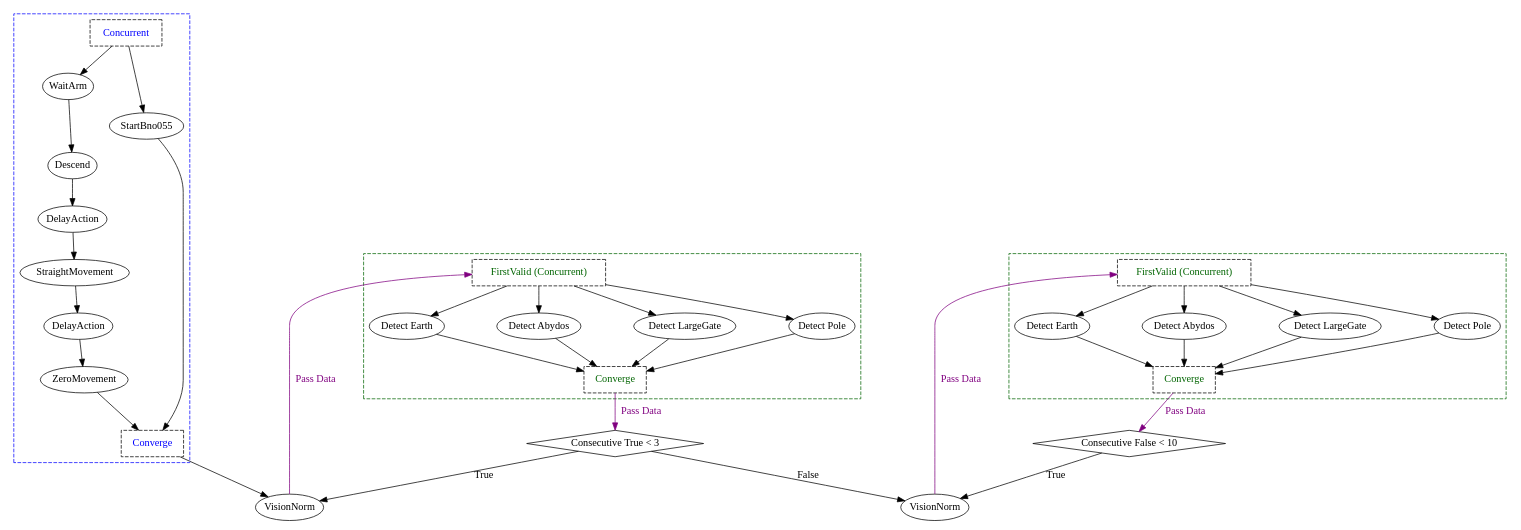
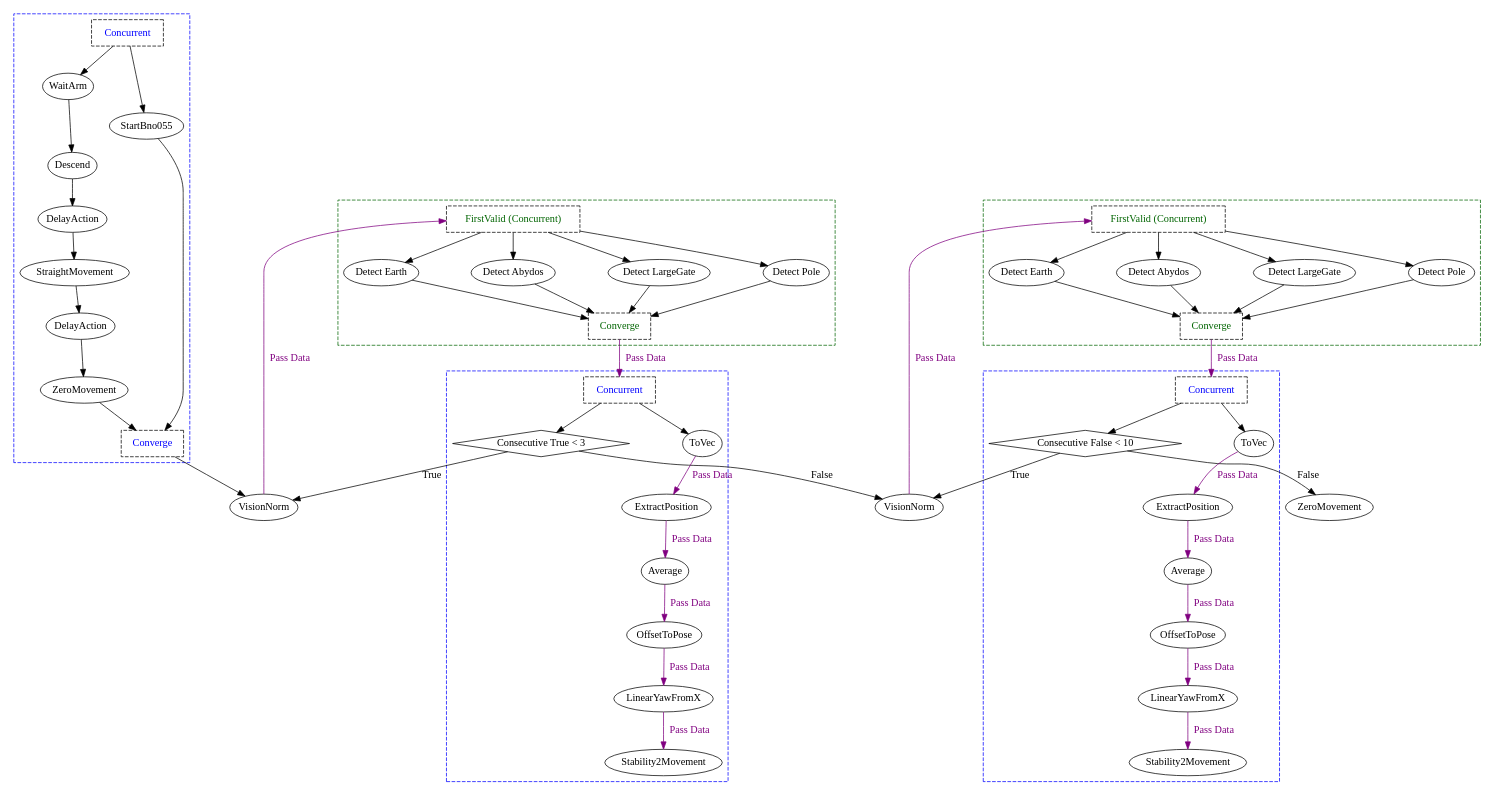
One commit to ncsurobotics/SW8S-Rust changed the diagram in graphs/pool_test_3_9_24/gate/gate_run_complex.dot. Above: the diagram before and after it, drawn with Graphviz. The commit also changed 15 other files, not shown here.

```diff
--- a/graphs/pool_test_3_9_24/gate/gate_run_complex.dot
+++ b/graphs/pool_test_3_9_24/gate/gate_run_complex.dot
@@ -2,79 +2,119 @@
 	splines = true;
 	nodesep = 1.0;
 	bgcolor = "none"
-	"e21b8f48-04a0-4969-b928-fade49cf4c0e" [shape = diamond];
-	"5b79ea3e-27a8-493c-8137-638e2966352d" [shape = diamond];
-	subgraph "cluster_254b6218-403f-4887-abd3-630f9c98adef" {
+	"5856a4bb-a2e8-465e-b7c9-2b9897c2c1cb" [shape = diamond];
+	"21893363-5acd-454b-9fbc-b4be4ada0ad9" [shape = diamond];
+	subgraph "cluster_a1f6d3f2-4d54-4580-aaed-9aff65967349" {
 		style = dashed;
 		color = blue;
-		"705ed7f9-e698-4315-b798-6da0c7405b89" -> "c4b071db-bf15-4e62-8545-c4a918dec107" ;
-		"231282c5-ce66-4771-9ddf-c5fabffb99c9" -> "e44d46e3-39f3-4b01-9af3-dda70e10b8e2" ;
-		"e44d46e3-39f3-4b01-9af3-dda70e10b8e2" -> "d5646382-7aa7-4680-bb15-0c889636193c" ;
-		"c4b071db-bf15-4e62-8545-c4a918dec107" -> "231282c5-ce66-4771-9ddf-c5fabffb99c9" ;
-		"87c7ac3c-6f52-4e67-9db4-e90a9c636c27" -> "705ed7f9-e698-4315-b798-6da0c7405b89" ;
-		"22ecb458-4e1b-4f1b-a761-3bd971eb35f1" -> "87c7ac3c-6f52-4e67-9db4-e90a9c636c27";
-		"22ecb458-4e1b-4f1b-a761-3bd971eb35f1" -> "3230eb06-ab35-4415-a08d-7fc8f2f3bc86";
-		"d5646382-7aa7-4680-bb15-0c889636193c" -> "952d57db-dc7d-4eca-b6ad-a0a7a235e69d";
-		"3230eb06-ab35-4415-a08d-7fc8f2f3bc86" -> "952d57db-dc7d-4eca-b6ad-a0a7a235e69d";
-		"22ecb458-4e1b-4f1b-a761-3bd971eb35f1" [label = "Concurrent", shape = box, fontcolor = blue, style = dashed];
-		"87c7ac3c-6f52-4e67-9db4-e90a9c636c27" [label = "WaitArm", margin = 0];
-		"705ed7f9-e698-4315-b798-6da0c7405b89" [label = "Descend", margin = 0];
-		"c4b071db-bf15-4e62-8545-c4a918dec107" [label = "DelayAction", margin = 0];
-		"231282c5-ce66-4771-9ddf-c5fabffb99c9" [label = "StraightMovement", margin = 0];
-		"e44d46e3-39f3-4b01-9af3-dda70e10b8e2" [label = "DelayAction", margin = 0];
-		"d5646382-7aa7-4680-bb15-0c889636193c" [label = "ZeroMovement", margin = 0];
-		"3230eb06-ab35-4415-a08d-7fc8f2f3bc86" [label = "StartBno055", margin = 0];
-		"952d57db-dc7d-4eca-b6ad-a0a7a235e69d" [label = "Converge", shape = box, fontcolor = blue, style = dashed];
+		"9297cba8-15d3-424f-a6bf-cb3e3578defc" -> "6a0de8c4-eaed-4089-b14e-5ac8e2d78c3c" ;
+		"268a5e2c-f32b-4b76-85f2-2c8e57531306" -> "dff96260-b20b-4b38-8739-c7b8c2d6365a" ;
+		"dff96260-b20b-4b38-8739-c7b8c2d6365a" -> "8b3abf69-6fd5-4fe2-97e7-8f36ee2f3051" ;
+		"6a0de8c4-eaed-4089-b14e-5ac8e2d78c3c" -> "268a5e2c-f32b-4b76-85f2-2c8e57531306" ;
+		"4756c6e9-0b5e-4a49-a658-ab5b92c197ae" -> "9297cba8-15d3-424f-a6bf-cb3e3578defc" ;
+		"43050568-fcc9-488a-b095-e08ccc8f5a54" -> "4756c6e9-0b5e-4a49-a658-ab5b92c197ae";
+		"43050568-fcc9-488a-b095-e08ccc8f5a54" -> "a033b7fd-6417-4a38-8c61-9872e76577e2";
+		"8b3abf69-6fd5-4fe2-97e7-8f36ee2f3051" -> "c357dfce-9bcc-47d7-8a49-c55973754057";
+		"a033b7fd-6417-4a38-8c61-9872e76577e2" -> "c357dfce-9bcc-47d7-8a49-c55973754057";
+		"43050568-fcc9-488a-b095-e08ccc8f5a54" [label = "Concurrent", shape = box, fontcolor = blue, style = dashed];
+		"4756c6e9-0b5e-4a49-a658-ab5b92c197ae" [label = "WaitArm", margin = 0];
+		"9297cba8-15d3-424f-a6bf-cb3e3578defc" [label = "Descend", margin = 0];
+		"6a0de8c4-eaed-4089-b14e-5ac8e2d78c3c" [label = "DelayAction", margin = 0];
+		"268a5e2c-f32b-4b76-85f2-2c8e57531306" [label = "StraightMovement", margin = 0];
+		"dff96260-b20b-4b38-8739-c7b8c2d6365a" [label = "DelayAction", margin = 0];
+		"8b3abf69-6fd5-4fe2-97e7-8f36ee2f3051" [label = "ZeroMovement", margin = 0];
+		"a033b7fd-6417-4a38-8c61-9872e76577e2" [label = "StartBno055", margin = 0];
+		"c357dfce-9bcc-47d7-8a49-c55973754057" [label = "Converge", shape = box, fontcolor = blue, style = dashed];
 	}
 	
-	subgraph "cluster_9a650a30-5618-428a-9285-412a93237629" {
+	subgraph "cluster_94ce3651-8c20-4037-bfd0-4c0a4b7dc2a4" {
 		style = dashed;
 		color = darkgreen;
-		"31f6ef95-8805-499a-a679-5db1abbc7bb1" -> "3ac109ba-aea4-4c9c-a09c-22ea2edd52f1";
-		"31f6ef95-8805-499a-a679-5db1abbc7bb1" -> "889ef114-16a8-45c4-8c73-c957c57760bf";
-		"31f6ef95-8805-499a-a679-5db1abbc7bb1" -> "c2032634-60cb-4061-8e0f-676ab826c578";
-		"31f6ef95-8805-499a-a679-5db1abbc7bb1" -> "d7c1fb02-3470-40e1-88d1-494b835b3126";
-		"3ac109ba-aea4-4c9c-a09c-22ea2edd52f1" -> "80bfe7e2-1188-47dc-8917-98229e055f40";
-		"889ef114-16a8-45c4-8c73-c957c57760bf" -> "80bfe7e2-1188-47dc-8917-98229e055f40";
-		"c2032634-60cb-4061-8e0f-676ab826c578" -> "80bfe7e2-1188-47dc-8917-98229e055f40";
-		"d7c1fb02-3470-40e1-88d1-494b835b3126" -> "80bfe7e2-1188-47dc-8917-98229e055f40";
-		"31f6ef95-8805-499a-a679-5db1abbc7bb1" [label = "FirstValid (Concurrent)", shape = box, fontcolor = darkgreen, style = dashed];
-		"3ac109ba-aea4-4c9c-a09c-22ea2edd52f1" [label = "Detect Earth", margin = 0];
-		"889ef114-16a8-45c4-8c73-c957c57760bf" [label = "Detect Abydos", margin = 0];
-		"c2032634-60cb-4061-8e0f-676ab826c578" [label = "Detect LargeGate", margin = 0];
-		"d7c1fb02-3470-40e1-88d1-494b835b3126" [label = "Detect Pole", margin = 0];
-		"80bfe7e2-1188-47dc-8917-98229e055f40" [label = "Converge", shape = box, fontcolor = darkgreen, style = dashed];
+		"ce4e7d53-7d85-48ec-9696-2f6529bd1923" -> "4d8805b1-ac63-4a13-8b64-d4bcfbd8462f";
+		"ce4e7d53-7d85-48ec-9696-2f6529bd1923" -> "26032e47-0c8a-436a-a7cb-abd5c4cbf3ce";
+		"ce4e7d53-7d85-48ec-9696-2f6529bd1923" -> "341711d0-f820-4637-8165-0b2d5997ab4d";
+		"ce4e7d53-7d85-48ec-9696-2f6529bd1923" -> "656a7ad5-3c75-4e98-9db4-04628fd96daf";
+		"4d8805b1-ac63-4a13-8b64-d4bcfbd8462f" -> "a2498248-0f32-46b2-abfd-239398201d7c";
+		"26032e47-0c8a-436a-a7cb-abd5c4cbf3ce" -> "a2498248-0f32-46b2-abfd-239398201d7c";
+		"341711d0-f820-4637-8165-0b2d5997ab4d" -> "a2498248-0f32-46b2-abfd-239398201d7c";
+		"656a7ad5-3c75-4e98-9db4-04628fd96daf" -> "a2498248-0f32-46b2-abfd-239398201d7c";
+		"ce4e7d53-7d85-48ec-9696-2f6529bd1923" [label = "FirstValid (Concurrent)", shape = box, fontcolor = darkgreen, style = dashed];
+		"4d8805b1-ac63-4a13-8b64-d4bcfbd8462f" [label = "Detect Earth", margin = 0];
+		"26032e47-0c8a-436a-a7cb-abd5c4cbf3ce" [label = "Detect Abydos", margin = 0];
+		"341711d0-f820-4637-8165-0b2d5997ab4d" [label = "Detect LargeGate", margin = 0];
+		"656a7ad5-3c75-4e98-9db4-04628fd96daf" [label = "Detect Pole", margin = 0];
+		"a2498248-0f32-46b2-abfd-239398201d7c" [label = "Converge", shape = box, fontcolor = darkgreen, style = dashed];
 	}
 	
-	subgraph "cluster_2394225a-92b8-482e-85b2-3694720a96d5" {
+	subgraph "cluster_ec4e3b3a-ecf3-48ff-97a5-70dbda84e615" {
+		style = dashed;
+		color = blue;
+		"9641e545-6605-472b-be61-1ac56c67a5f3" -> "67db5ac9-452b-419b-9815-5b0bd3fbccae" [color = purple, fontcolor = purple, label = "Pass Data"];
+		"25338019-df32-4469-95a4-410a5309bf1f" -> "9641e545-6605-472b-be61-1ac56c67a5f3" [color = purple, fontcolor = purple, label = "Pass Data"];
+		"ca312293-3d53-447c-83e0-08d09658d515" -> "25338019-df32-4469-95a4-410a5309bf1f" [color = purple, fontcolor = purple, label = "Pass Data"];
+		"5d11d4f2-8bfb-43f1-ac85-3c34ac576dba" -> "ca312293-3d53-447c-83e0-08d09658d515" [color = purple, fontcolor = purple, label = "Pass Data"];
+		"16b9b8a1-aee4-441f-9bc5-9091bd039d4a" -> "5d11d4f2-8bfb-43f1-ac85-3c34ac576dba" [color = purple, fontcolor = purple, label = "Pass Data"];
+		"c4d0058d-64c6-49d0-8547-6c66bba0f365" -> "16b9b8a1-aee4-441f-9bc5-9091bd039d4a";
+		"c4d0058d-64c6-49d0-8547-6c66bba0f365" -> "5856a4bb-a2e8-465e-b7c9-2b9897c2c1cb";
+		"c4d0058d-64c6-49d0-8547-6c66bba0f365" [label = "Concurrent", shape = box, fontcolor = blue, style = dashed];
+		"16b9b8a1-aee4-441f-9bc5-9091bd039d4a" [label = "ToVec", margin = 0];
+		"5d11d4f2-8bfb-43f1-ac85-3c34ac576dba" [label = "ExtractPosition", margin = 0];
+		"ca312293-3d53-447c-83e0-08d09658d515" [label = "Average", margin = 0];
+		"25338019-df32-4469-95a4-410a5309bf1f" [label = "OffsetToPose", margin = 0];
+		"9641e545-6605-472b-be61-1ac56c67a5f3" [label = "LinearYawFromX", margin = 0];
+		"67db5ac9-452b-419b-9815-5b0bd3fbccae" [label = "Stability2Movement", margin = 0];
+		"5856a4bb-a2e8-465e-b7c9-2b9897c2c1cb" [label = "Consecutive True < 3", margin = 0];
+	}
+	
+	subgraph "cluster_5b0fbcf3-7472-402e-938d-cff6dfc4a86e" {
 		style = dashed;
 		color = darkgreen;
-		"1a4e57e9-ea68-441b-862f-05893c143105" -> "be892aa3-d92a-4841-83ef-d2d4b67b2a1c";
-		"1a4e57e9-ea68-441b-862f-05893c143105" -> "de0d6083-695d-40c2-bf82-7eb96d474b7e";
-		"1a4e57e9-ea68-441b-862f-05893c143105" -> "c815275d-ae31-4df4-bc58-3db7447e5c32";
-		"1a4e57e9-ea68-441b-862f-05893c143105" -> "549f39ac-3f4b-4ad4-98e8-15443f317fd8";
-		"be892aa3-d92a-4841-83ef-d2d4b67b2a1c" -> "8cbd7ad0-c7ed-4ee4-9294-e04eeced1b72";
-		"de0d6083-695d-40c2-bf82-7eb96d474b7e" -> "8cbd7ad0-c7ed-4ee4-9294-e04eeced1b72";
-		"c815275d-ae31-4df4-bc58-3db7447e5c32" -> "8cbd7ad0-c7ed-4ee4-9294-e04eeced1b72";
-		"549f39ac-3f4b-4ad4-98e8-15443f317fd8" -> "8cbd7ad0-c7ed-4ee4-9294-e04eeced1b72";
-		"1a4e57e9-ea68-441b-862f-05893c143105" [label = "FirstValid (Concurrent)", shape = box, fontcolor = darkgreen, style = dashed];
-		"be892aa3-d92a-4841-83ef-d2d4b67b2a1c" [label = "Detect Earth", margin = 0];
-		"de0d6083-695d-40c2-bf82-7eb96d474b7e" [label = "Detect Abydos", margin = 0];
-		"c815275d-ae31-4df4-bc58-3db7447e5c32" [label = "Detect LargeGate", margin = 0];
-		"549f39ac-3f4b-4ad4-98e8-15443f317fd8" [label = "Detect Pole", margin = 0];
-		"8cbd7ad0-c7ed-4ee4-9294-e04eeced1b72" [label = "Converge", shape = box, fontcolor = darkgreen, style = dashed];
+		"99e729bc-5c2d-480a-b651-a8d0c8d086ab" -> "16c89c9f-6f30-4460-b8a1-f574c03e2bf4";
+		"99e729bc-5c2d-480a-b651-a8d0c8d086ab" -> "64e56665-dbf1-41b9-ad1c-10038162067e";
+		"99e729bc-5c2d-480a-b651-a8d0c8d086ab" -> "f5ea457e-a0d3-4571-b4ed-9d7d5fc69229";
+		"99e729bc-5c2d-480a-b651-a8d0c8d086ab" -> "9f500864-2217-4140-945f-e48234b9c0a4";
+		"16c89c9f-6f30-4460-b8a1-f574c03e2bf4" -> "72cb82a9-48fb-4b4a-94a8-6a855cddab95";
+		"64e56665-dbf1-41b9-ad1c-10038162067e" -> "72cb82a9-48fb-4b4a-94a8-6a855cddab95";
+		"f5ea457e-a0d3-4571-b4ed-9d7d5fc69229" -> "72cb82a9-48fb-4b4a-94a8-6a855cddab95";
+		"9f500864-2217-4140-945f-e48234b9c0a4" -> "72cb82a9-48fb-4b4a-94a8-6a855cddab95";
+		"99e729bc-5c2d-480a-b651-a8d0c8d086ab" [label = "FirstValid (Concurrent)", shape = box, fontcolor = darkgreen, style = dashed];
+		"16c89c9f-6f30-4460-b8a1-f574c03e2bf4" [label = "Detect Earth", margin = 0];
+		"64e56665-dbf1-41b9-ad1c-10038162067e" [label = "Detect Abydos", margin = 0];
+		"f5ea457e-a0d3-4571-b4ed-9d7d5fc69229" [label = "Detect LargeGate", margin = 0];
+		"9f500864-2217-4140-945f-e48234b9c0a4" [label = "Detect Pole", margin = 0];
+		"72cb82a9-48fb-4b4a-94a8-6a855cddab95" [label = "Converge", shape = box, fontcolor = darkgreen, style = dashed];
 	}
 	
-	"80bfe7e2-1188-47dc-8917-98229e055f40" -> "e21b8f48-04a0-4969-b928-fade49cf4c0e" [color = purple, fontcolor = purple, label = "Pass Data"];
-	"8ca3ba8f-1654-4797-bcdb-9633fd17f19f" -> "31f6ef95-8805-499a-a679-5db1abbc7bb1" [color = purple, fontcolor = purple, label = "Pass Data"];
-	"e21b8f48-04a0-4969-b928-fade49cf4c0e" -> "8ca3ba8f-1654-4797-bcdb-9633fd17f19f" [label = "True"];
-	"8cbd7ad0-c7ed-4ee4-9294-e04eeced1b72" -> "5b79ea3e-27a8-493c-8137-638e2966352d" [color = purple, fontcolor = purple, label = "Pass Data"];
-	"037770a7-5f21-4b94-aae0-ac0b697e48ce" -> "1a4e57e9-ea68-441b-862f-05893c143105" [color = purple, fontcolor = purple, label = "Pass Data"];
-	"5b79ea3e-27a8-493c-8137-638e2966352d" -> "037770a7-5f21-4b94-aae0-ac0b697e48ce" [label = "True"];
-	"e21b8f48-04a0-4969-b928-fade49cf4c0e" -> "037770a7-5f21-4b94-aae0-ac0b697e48ce" [label = "False"];
-	"952d57db-dc7d-4eca-b6ad-a0a7a235e69d" -> "8ca3ba8f-1654-4797-bcdb-9633fd17f19f" ;
-	"8ca3ba8f-1654-4797-bcdb-9633fd17f19f" [label = "VisionNorm", margin = 0];
-	"e21b8f48-04a0-4969-b928-fade49cf4c0e" [label = "Consecutive True < 3", margin = 0];
-	"037770a7-5f21-4b94-aae0-ac0b697e48ce" [label = "VisionNorm", margin = 0];
-	"5b79ea3e-27a8-493c-8137-638e2966352d" [label = "Consecutive False < 10", margin = 0];
+	subgraph "cluster_ca87ba31-10ab-43f3-9a22-c58c3314e361" {
+		style = dashed;
+		color = blue;
+		"df857407-9eb1-43d6-9ea9-4c7a07d4662b" -> "3d027535-ec44-48fa-bbe8-f722f25f89ae" [color = purple, fontcolor = purple, label = "Pass Data"];
+		"af54ef2c-0eb5-4532-be29-c294241bc967" -> "df857407-9eb1-43d6-9ea9-4c7a07d4662b" [color = purple, fontcolor = purple, label = "Pass Data"];
+		"48eac2a4-2653-4ead-99b3-9eccd4afa575" -> "af54ef2c-0eb5-4532-be29-c294241bc967" [color = purple, fontcolor = purple, label = "Pass Data"];
+		"cc510ca7-73e6-4bff-919f-019f5fbf9bda" -> "48eac2a4-2653-4ead-99b3-9eccd4afa575" [color = purple, fontcolor = purple, label = "Pass Data"];
+		"e6f91150-8c28-4400-ad66-d1197f2880c0" -> "cc510ca7-73e6-4bff-919f-019f5fbf9bda" [color = purple, fontcolor = purple, label = "Pass Data"];
+		"a9342347-82d2-4344-9e07-2feecbd7ac83" -> "e6f91150-8c28-4400-ad66-d1197f2880c0";
+		"a9342347-82d2-4344-9e07-2feecbd7ac83" -> "21893363-5acd-454b-9fbc-b4be4ada0ad9";
+		"a9342347-82d2-4344-9e07-2feecbd7ac83" [label = "Concurrent", shape = box, fontcolor = blue, style = dashed];
+		"e6f91150-8c28-4400-ad66-d1197f2880c0" [label = "ToVec", margin = 0];
+		"cc510ca7-73e6-4bff-919f-019f5fbf9bda" [label = "ExtractPosition", margin = 0];
+		"48eac2a4-2653-4ead-99b3-9eccd4afa575" [label = "Average", margin = 0];
+		"af54ef2c-0eb5-4532-be29-c294241bc967" [label = "OffsetToPose", margin = 0];
+		"df857407-9eb1-43d6-9ea9-4c7a07d4662b" [label = "LinearYawFromX", margin = 0];
+		"3d027535-ec44-48fa-bbe8-f722f25f89ae" [label = "Stability2Movement", margin = 0];
+		"21893363-5acd-454b-9fbc-b4be4ada0ad9" [label = "Consecutive False < 10", margin = 0];
+	}
+	
+	"a2498248-0f32-46b2-abfd-239398201d7c" -> "c4d0058d-64c6-49d0-8547-6c66bba0f365" [color = purple, fontcolor = purple, label = "Pass Data"];
+	"950c2a07-bc5c-4c5a-812a-f7951de73ff6" -> "ce4e7d53-7d85-48ec-9696-2f6529bd1923" [color = purple, fontcolor = purple, label = "Pass Data"];
+	"5856a4bb-a2e8-465e-b7c9-2b9897c2c1cb" -> "950c2a07-bc5c-4c5a-812a-f7951de73ff6" [label = "True"];
+	"72cb82a9-48fb-4b4a-94a8-6a855cddab95" -> "a9342347-82d2-4344-9e07-2feecbd7ac83" [color = purple, fontcolor = purple, label = "Pass Data"];
+	"79ad2f1f-28f4-47a5-8cd1-76c50cbb6fbd" -> "99e729bc-5c2d-480a-b651-a8d0c8d086ab" [color = purple, fontcolor = purple, label = "Pass Data"];
+	"21893363-5acd-454b-9fbc-b4be4ada0ad9" -> "79ad2f1f-28f4-47a5-8cd1-76c50cbb6fbd" [label = "True"];
+	"21893363-5acd-454b-9fbc-b4be4ada0ad9" -> "cf19392d-5333-4e05-8eef-51a3ae8e7f73" [label = "False"];
+	"5856a4bb-a2e8-465e-b7c9-2b9897c2c1cb" -> "79ad2f1f-28f4-47a5-8cd1-76c50cbb6fbd" [label = "False"];
+	"c357dfce-9bcc-47d7-8a49-c55973754057" -> "950c2a07-bc5c-4c5a-812a-f7951de73ff6" ;
+	"950c2a07-bc5c-4c5a-812a-f7951de73ff6" [label = "VisionNorm", margin = 0];
+	"79ad2f1f-28f4-47a5-8cd1-76c50cbb6fbd" [label = "VisionNorm", margin = 0];
+	"cf19392d-5333-4e05-8eef-51a3ae8e7f73" [label = "ZeroMovement", margin = 0];
 }
```
